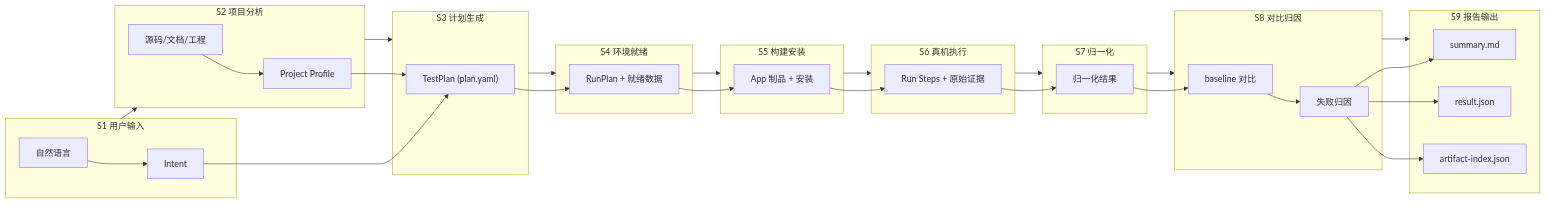
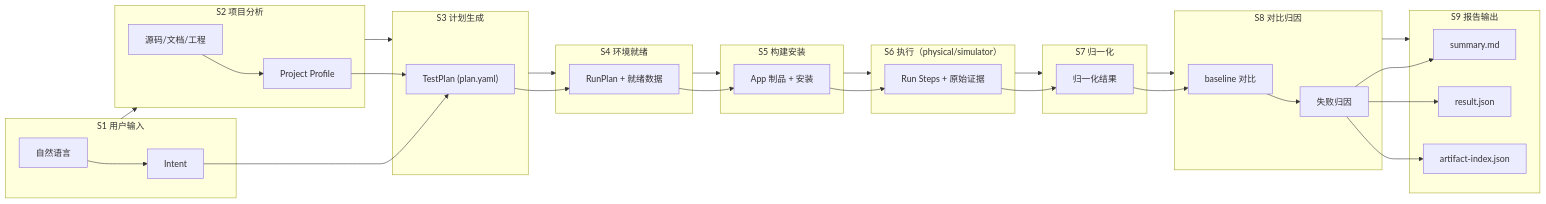
One commit to logan-suu/iTestAgent changed the diagram in docs/02-architecture/数据流全链路技术说明文档.md. Above: the diagram before and after it, drawn with Mermaid. The commit also changed other lines of this file and 5 other files, not shown here.

First line of the commit message:
docs: comprehensive simulator support audit across all spec/architecture/guide docs

````diff
--- a/docs/02-architecture/数据流全链路技术说明文档.md
+++ b/docs/02-architecture/数据流全链路技术说明文档.md
@@ -36,35 +36,35 @@
 ```mermaid
 flowchart LR
     subgraph S1["S1 用户输入"]
         NL["自然语言"] --> Intent["Intent"]
     end
     subgraph S2["S2 项目分析"]
         Code["源码/文档/工程"] --> Profile["Project Profile"]
     end
     subgraph S3["S3 计划生成"]
         Intent --> TestPlan["TestPlan (plan.yaml)"]
         Profile --> TestPlan
     end
     subgraph S4["S4 环境就绪"]
         TestPlan --> RunPlan["RunPlan + 就绪数据"]
     end
     subgraph S5["S5 构建安装"]
         RunPlan --> App["App 制品 + 安装"]
     end
-    subgraph S6["S6 真机执行"]
+    subgraph S6["S6 执行（physical/simulator）"]
         App --> RunSteps["Run Steps + 原始证据"]
     end
     subgraph S7["S7 归一化"]
         RunSteps --> Metrics["归一化结果"]
     end
     subgraph S8["S8 对比归因"]
         Metrics --> Baseline["baseline 对比"]
         Baseline --> Explain["失败归因"]
     end
     subgraph S9["S9 报告输出"]
         Explain --> Summary["summary.md"]
         Explain --> Result["result.json"]
         Explain --> Artifact["artifact-index.json"]
     end
     S1 --> S2 --> S3 --> S4 --> S5 --> S6 --> S7 --> S8 --> S9
 ```
````
